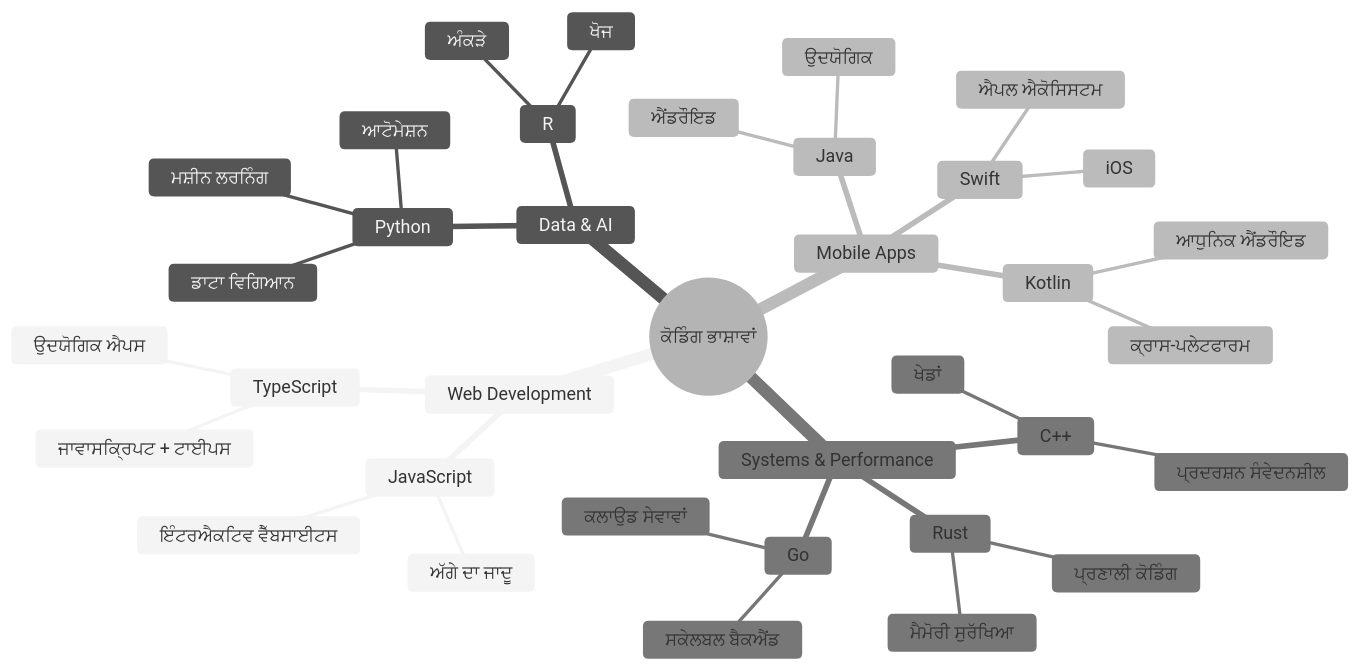
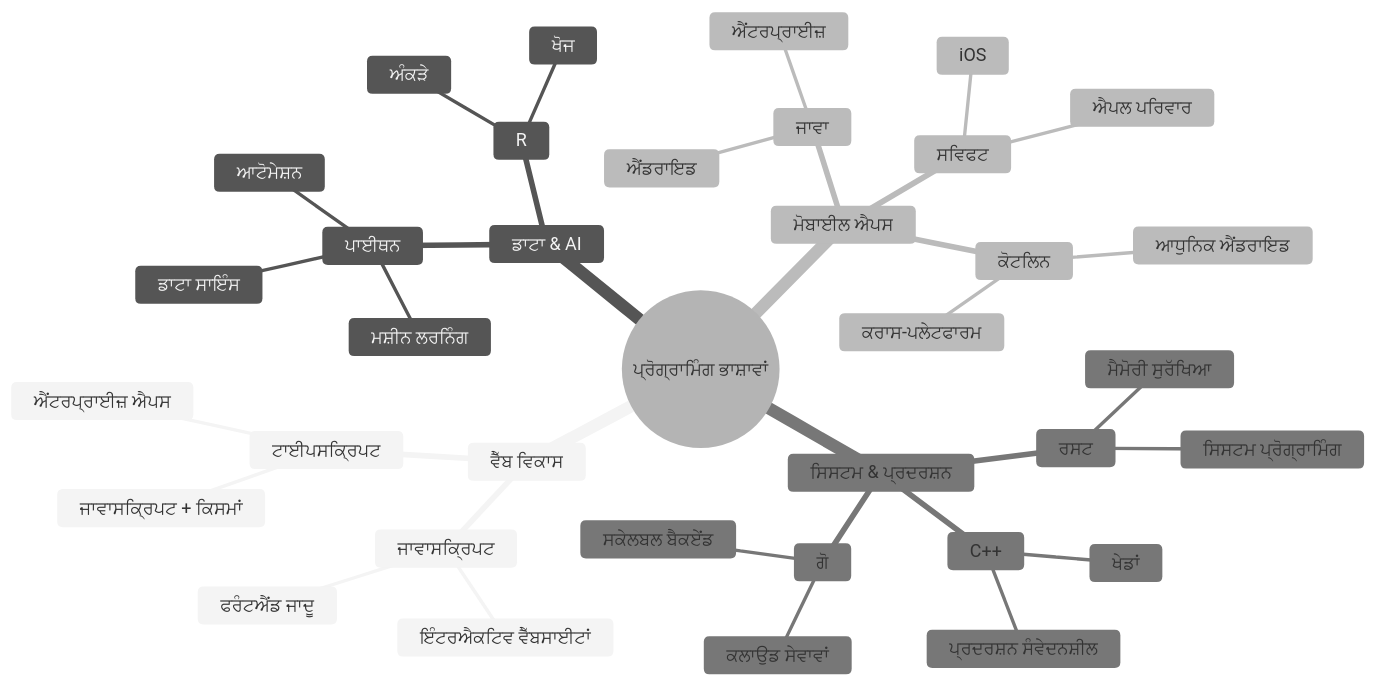
The second of 7 diagrams in translations/pa/1-getting-started-lessons/1-intro-to-programming-languages/README.md (microsoft/Web-Dev-For-Beginners), drawn with Mermaid (neutral theme) before and after one commit. The commit also changed other lines of this file and 8 other files, not shown here.

````diff
--- a/translations/pa/1-getting-started-lessons/1-intro-to-programming-languages/README.md
+++ b/translations/pa/1-getting-started-lessons/1-intro-to-programming-languages/README.md
@@ -85,39 +85,39 @@
 ```mermaid
 mindmap
-  root((ਕੋਡਿੰਗ ਭਾਸ਼ਾਵਾਂ))
-    Web Development
-      JavaScript
-        ਅੱਗੇ ਦਾ ਜਾਦੂ
-        ਇੰਟਰਐਕਟਿਵ ਵੈੱਬਸਾਈਟਸ
-      TypeScript
-        ਜਾਵਾਸਕ੍ਰਿਪਟ + ਟਾਈਪਸ
-        ਉਦਯੋਗਿਕ ਐਪਸ
-    Data & AI
-      Python
-        ਡਾਟਾ ਵਿਗਿਆਨ
+  root((ਪ੍ਰੋਗ੍ਰਾਮਿੰਗ ਭਾਸ਼ਾਵਾਂ))
+    ਵੈੱਬ ਵਿਕਾਸ
+      ਜਾਵਾਸਕ੍ਰਿਪਟ
+        ਫਰੰਟਐਂਡ ਜਾਦੂ
+        ਇੰਟਰਐਕਟਿਵ ਵੈੱਬਸਾਈਟਾਂ
+      ਟਾਈਪਸਕ੍ਰਿਪਟ
+        ਜਾਵਾਸਕ੍ਰਿਪਟ + ਕਿਸਮਾਂ
+        ਐਂਟਰਪ੍ਰਾਈਜ਼ ਐਪਸ
+    ਡਾਟਾ & AI
+      ਪਾਈਥਨ
+        ਡਾਟਾ ਸਾਇੰਸ
         ਮਸ਼ੀਨ ਲਰਨਿੰਗ
         ਆਟੋਮੇਸ਼ਨ
       R
         ਅੰਕੜੇ
         ਖੋਜ
-    Mobile Apps
-      Java
-        ਐਂਡਰੌਇਡ
-        ਉਦਯੋਗਿਕ
-      Swift
+    ਮੋਬਾਈਲ ਐਪਸ
+      ਜਾਵਾ
+        ਐਂਡਰਾਇਡ
+        ਐਂਟਰਪ੍ਰਾਈਜ਼
+      ਸਵਿਫਟ
         iOS
-        ਐਪਲ ਐਕੋਸਿਸਟਮ
-      Kotlin
-        ਆਧੁਨਿਕ ਐਂਡਰੌਇਡ
-        ਕ੍ਰਾਸ-ਪਲੇਟਫਾਰਮ
-    Systems & Performance
+        ਐਪਲ ਪਰਿਵਾਰ
+      ਕੋਟਲਿਨ
+        ਆਧੁਨਿਕ ਐਂਡਰਾਇਡ
+        ਕਰਾਸ-ਪਲੇਟਫਾਰਮ
+    ਸਿਸਟਮ & ਪ੍ਰਦਰਸ਼ਨ
       C++
         ਖੇਡਾਂ
         ਪ੍ਰਦਰਸ਼ਨ ਸੰਵੇਦਨਸ਼ੀਲ
-      Rust
+      ਰਸਟ
         ਮੈਮੋਰੀ ਸੁਰੱਖਿਆ
-        ਪ੍ਰਣਾਲੀ ਕੋਡਿੰਗ
-      Go
+        ਸਿਸਟਮ ਪ੍ਰੋਗ੍ਰਾਮਿੰਗ
+      ਗੋ
         ਕਲਾਉਡ ਸੇਵਾਵਾਂ
-        ਸਕੇਲਬਲ ਬੈਕਐਂਡ
+        ਸਕੇਲਬਲ ਬੈਕਏਂਡ
 ```
````
